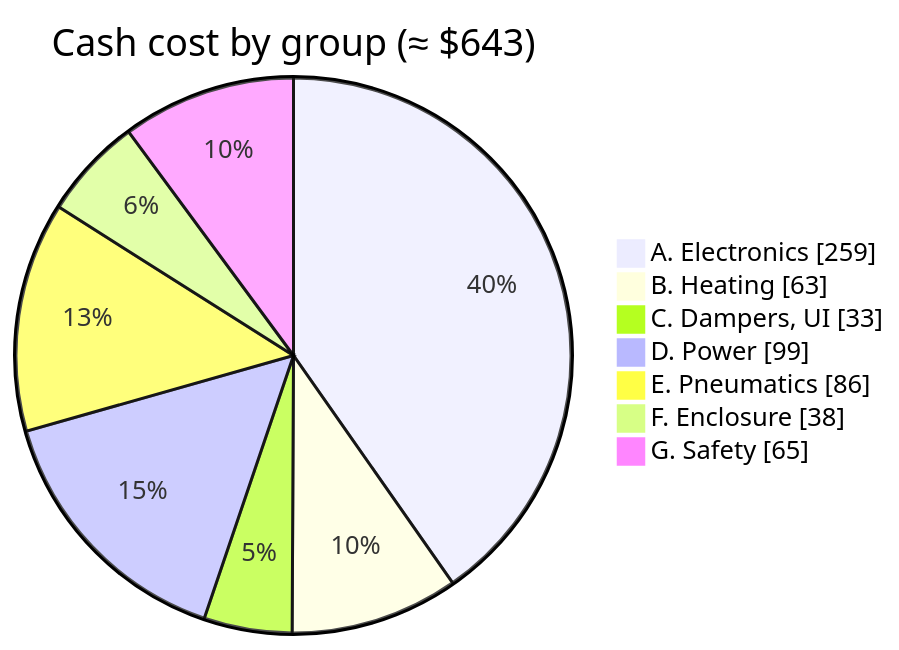
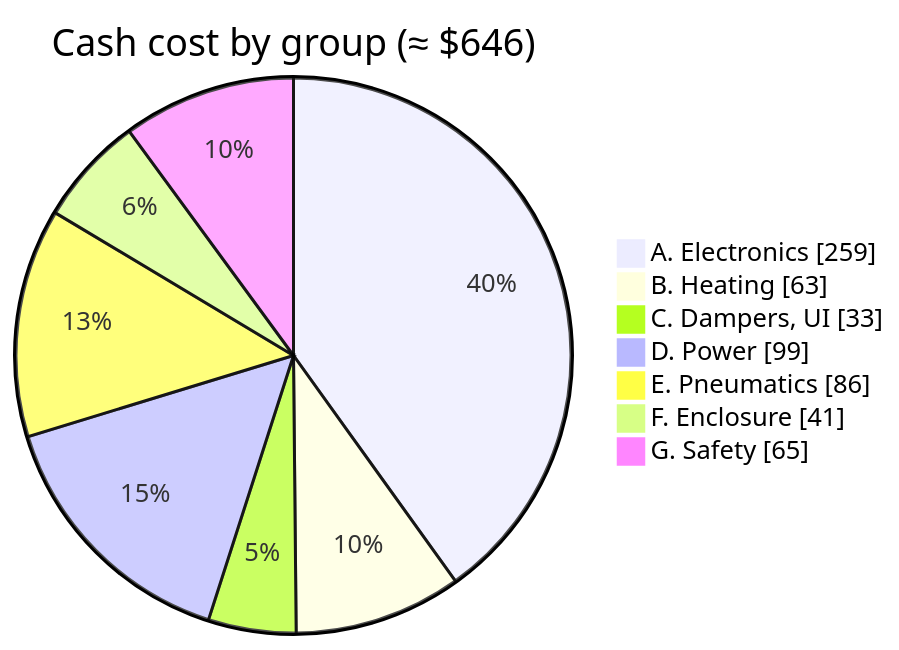
The diagram in docs/03_bill_of_materials.md (BashfulBits/3dp-fleet-exhaust), drawn with Mermaid before and after one commit. The commit also changed other lines of this file and 5 other files, not shown here.

````diff
--- a/docs/03_bill_of_materials.md
+++ b/docs/03_bill_of_materials.md
@@ -28,11 +28,11 @@
 ```mermaid
 pie showData
-  title Cash cost by group (≈ $643)
+  title Cash cost by group (≈ $646)
   "A. Electronics" : 259
   "B. Heating" : 63
   "C. Dampers, UI" : 33
   "D. Power" : 99
   "E. Pneumatics" : 86
-  "F. Enclosure" : 38
+  "F. Enclosure" : 41
   "G. Safety" : 65
 ```
````
